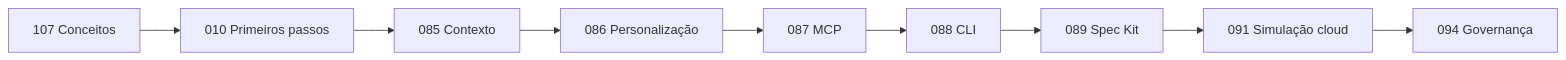
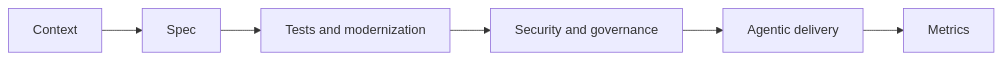
One commit to lcarli/AI-LearningHub changed the diagram in docs/docs/pt/paths/copilot/index.md. Above: the diagram before and after it, drawn with Mermaid. The commit also changed other lines of this file and 291 other files, not shown here.

Commit message:
Implement roadmap phase 2 curriculum and kits

````diff
--- a/docs/docs/pt/paths/copilot/index.md
+++ b/docs/docs/pt/paths/copilot/index.md
@@ -32,11 +5,8 @@
 ```mermaid
 flowchart LR
-  L107[107 Conceitos] --> L010[010 Primeiros passos]
-  L010 --> L085[085 Contexto]
-  L085 --> L086[086 Personalização]
-  L086 --> L087[087 MCP]
-  L087 --> L088[088 CLI]
-  L088 --> L089[089 Spec Kit]
-  L089 --> L091[091 Simulação cloud]
-  L091 --> L094[094 Governança]
+  C[Context] --> S[Spec]
+  S --> T[Tests and modernization]
+  T --> G[Security and governance]
+  G --> A[Agentic delivery]
+  A --> M[Metrics]
 ```
````
